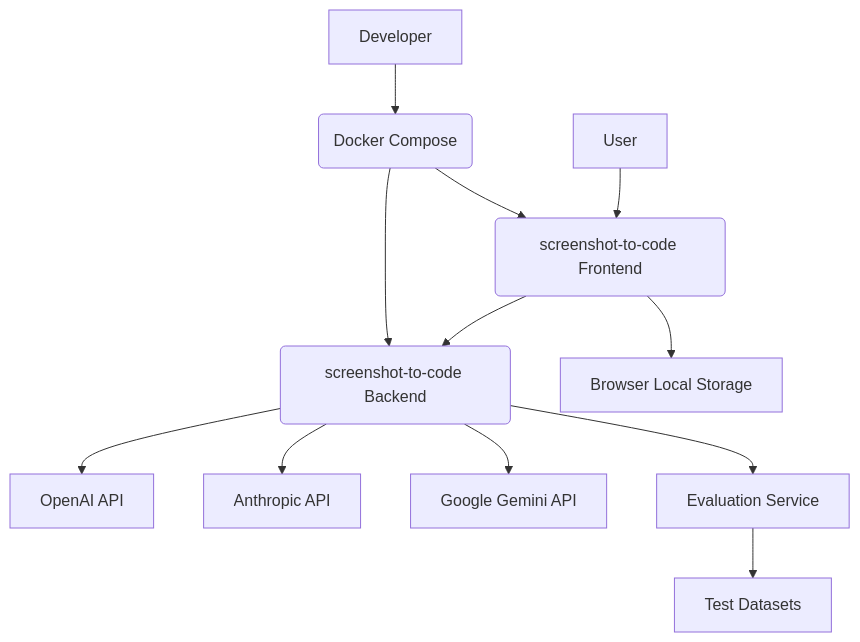
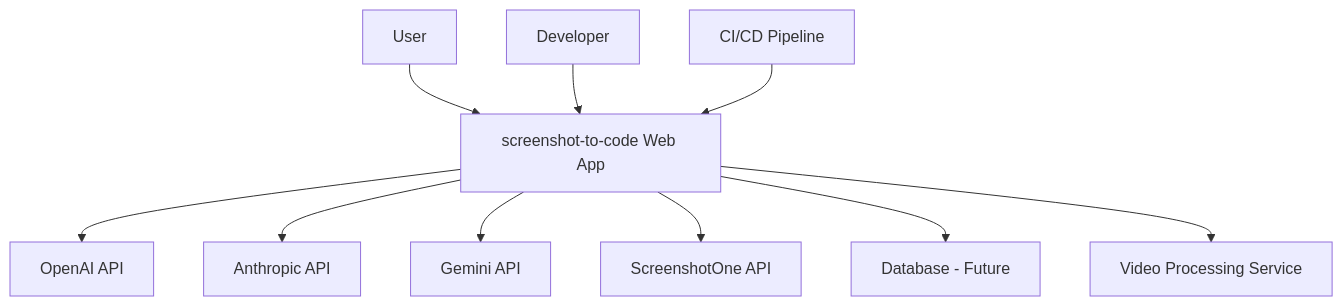
One commit to xvnpw/ai-security-analyzer changed the first of 3 diagrams in examples/dir-sec-design-screenshot-to-code-deepseekdeepseek-r1.md. Above: the diagram before and after it, drawn with Mermaid. The commit also changed other lines of this file and 218 other files, not shown here.

````diff
--- a/examples/dir-sec-design-screenshot-to-code-deepseekdeepseek-r1.md
+++ b/examples/dir-sec-design-screenshot-to-code-deepseekdeepseek-r1.md
@@ -53,14 +64,12 @@
 ```mermaid
 graph TD
-    A[User] --> B(screenshot-to-code Frontend)
-    B --> C(screenshot-to-code Backend)
-    C --> D[OpenAI API]
-    C --> E[Anthropic API]
-    C --> F[Google Gemini API]
-    B --> G[Browser Local Storage]
-    H[Developer] --> I(Docker Compose)
-    I --> B
-    I --> C
-    C --> J[Evaluation Service]
-    J --> K[Test Datasets]
+    A[User] --> B[screenshot-to-code Web App]
+    B --> C[OpenAI API]
+    B --> D[Anthropic API]
+    B --> E[Gemini API]
+    B --> F[ScreenshotOne API]
+    G[Developer] --> B
+    H[CI/CD Pipeline] --> B
+    B --> I[Database - Future]
+    B --> J[Video Processing Service]
 ```
````
